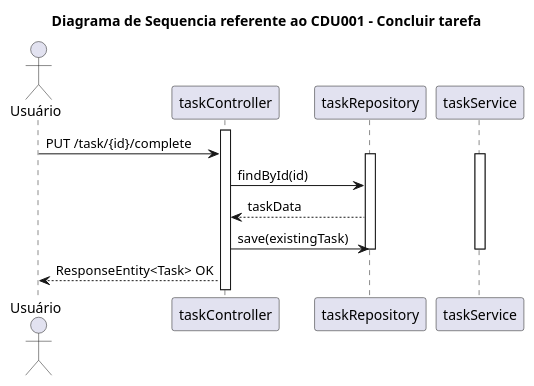
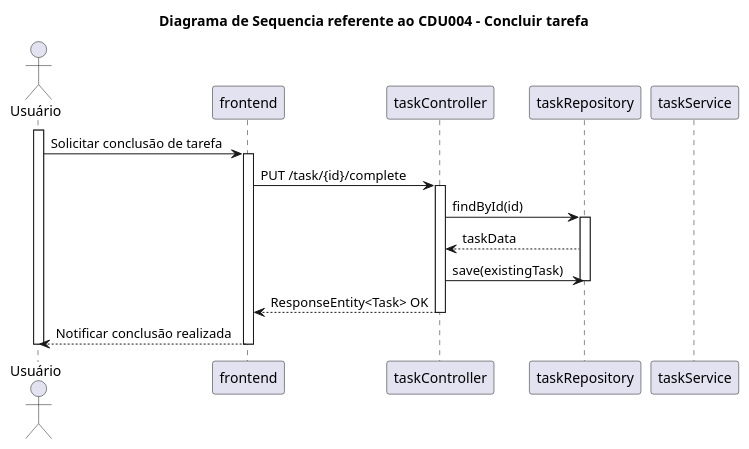
One commit to ThiagoPerdigao/LabDeSoft-ToDoList changed the diagram in c4model/diagramaSequenciaCDU004.puml. Above: the diagram before and after it, drawn with PlantUML. The commit also changed 5 other files, not shown here.

Commit message:
fix cors block + att diagramas

```diff
--- a/c4model/diagramaSequenciaCDU004.puml
+++ b/c4model/diagramaSequenciaCDU004.puml
@@ -1,21 +1,26 @@
 @startuml
-title Diagrama de Sequencia referente ao CDU001 - Concluir tarefa
+title Diagrama de Sequencia referente ao CDU004 - Concluir tarefa
 
 actor Usuário
+participant frontend
 participant taskController
 participant taskRepository
 participant taskService
 
+activate Usuário
+Usuário -> frontend: Solicitar conclusão de tarefa
+activate frontend
+frontend -> taskController: PUT /task/{id}/complete
 activate taskController
-
-Usuário -> taskController: PUT /task/{id}/complete
+taskController -> taskRepository: findById(id)
 activate taskRepository
-activate taskService
-taskController -> taskRepository: findById(id)
 taskRepository --> taskController: taskData
 taskController -> taskRepository: save(existingTask)
 deactivate taskRepository
-deactivate taskService
-taskController --> Usuário: ResponseEntity<Task> OK
+taskController --> frontend: ResponseEntity<Task> OK
+deactivate taskController
+frontend --> Usuário: Notificar conclusão realizada
+deactivate frontend
+deactivate Usuário
 
 @enduml
```
